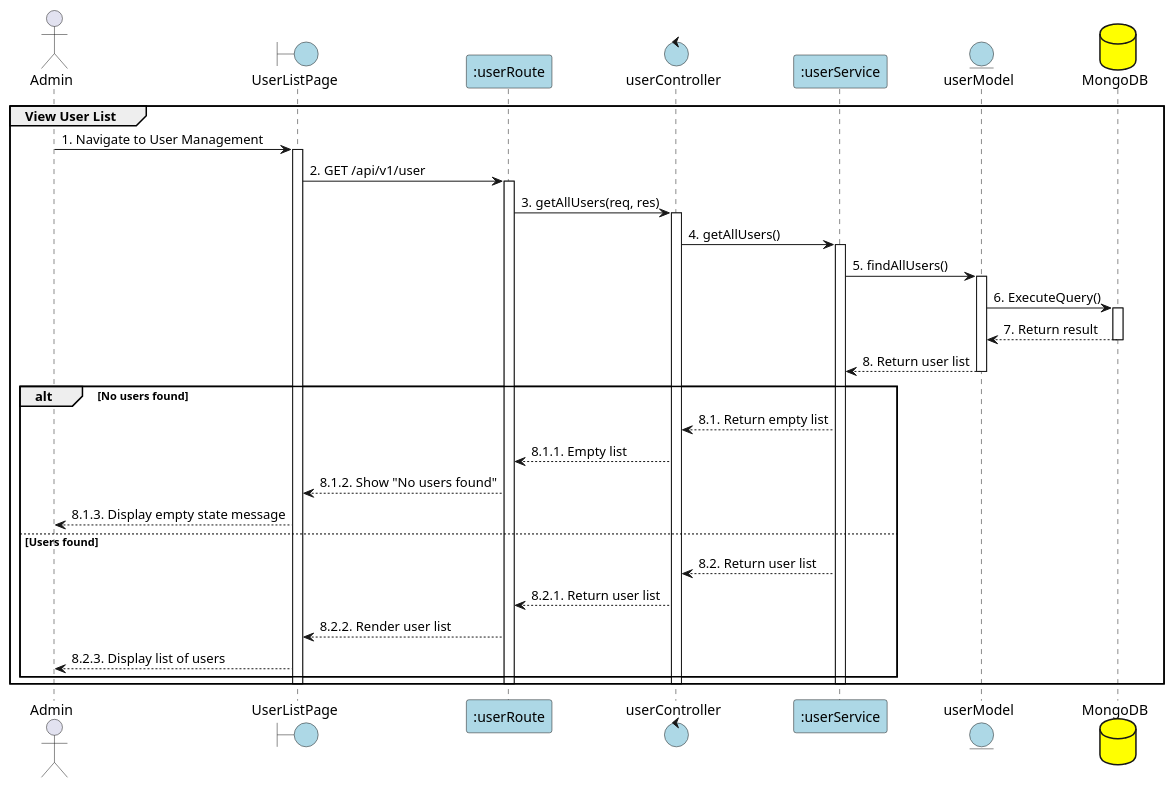
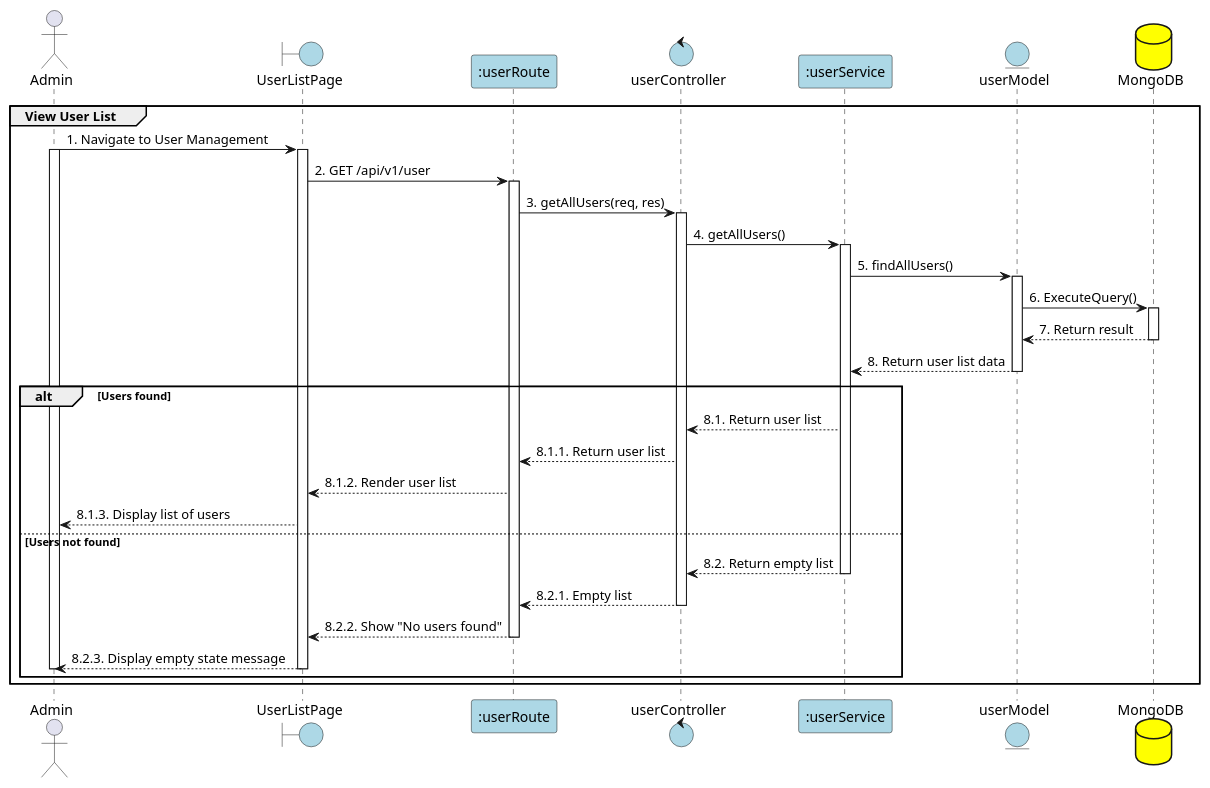
Before and after one commit to Aohkne/CaloCook: the diagram in PlanUML/9_viewUserList.puml, drawn with PlantUML. The commit also changed 4 other files, not shown here.

```diff
--- a/PlanUML/9_viewUserList.puml
+++ b/PlanUML/9_viewUserList.puml
@@ -1,52 +1,62 @@
 @startuml ViewUserList
 
 actor Admin
 boundary "UserListPage" as View #lightblue
 participant ":userRoute" as Route #lightblue
 control "userController" as Controller #lightblue
 participant ":userService" as Service #lightblue
 entity "userModel" as Model #lightblue
 database "MongoDB" as MongoDB #yellow
 
 group View User List
 Admin -> View: 1. Navigate to User Management
+activate Admin
 activate View
 
 View -> Route: 2. GET /api/v1/user
 activate Route
 
 Route -> Controller: 3. getAllUsers(req, res)
 activate Controller
 
 Controller -> Service: 4. getAllUsers()
 activate Service
 
 Service -> Model: 5. findAllUsers()
 activate Model
 
 Model -> MongoDB: 6. ExecuteQuery()
 activate MongoDB
 MongoDB --> Model: 7. Return result
 deactivate MongoDB
 
-Model --> Service: 8. Return user list
+Model --> Service: 8. Return user list data
 deactivate Model
 
-alt No users found
-    Service --> Controller: 8.1. Return empty list
-    Controller --> Route: 8.1.1. Empty list
-    Route --> View: 8.1.2. Show "No users found"
-    View --> Admin: 8.1.3. Display empty state message
-else Users found
-    Service --> Controller: 8.2. Return user list
-    Controller --> Route: 8.2.1. Return user list
-    Route --> View: 8.2.2. Render user list
-    View --> Admin: 8.2.3. Display list of users
+alt Users found
+    Service --> Controller: 8.1. Return user list
+    
+    Controller --> Route: 8.1.1. Return user list
+    
+    Route --> View: 8.1.2. Render user list
+    
+    View --> Admin: 8.1.3. Display list of users
+    
+else Users not found
+    Service --> Controller: 8.2. Return empty list
+    deactivate Service
+
+    Controller --> Route: 8.2.1. Empty list
+    deactivate Controller
+    
+    Route --> View: 8.2.2. Show "No users found"
+    deactivate Route
+    
+    View --> Admin: 8.2.3. Display empty state message
+    deactivate View
+    deactivate Admin
+
 end
 
-deactivate Service
-deactivate Controller
-deactivate Route
-deactivate View
 end
 @enduml
```
